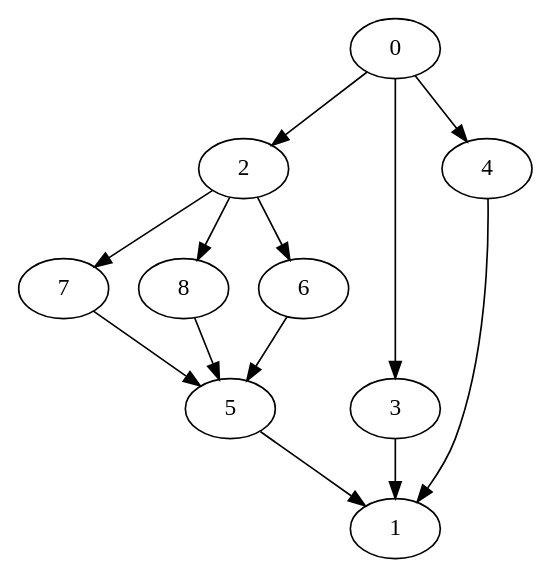
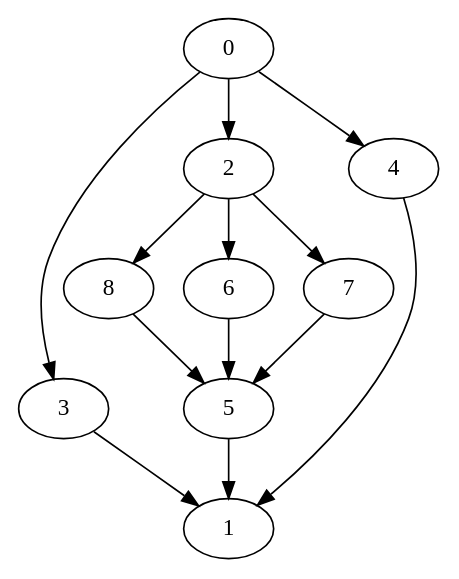
The diagram in dot/Nodes_9_SeriesParallel-output.dot (PJhaveri02/Task-Scheduler), drawn with Graphviz before and after one commit. The commit also changed 5 other files, not shown here.

```diff
--- a/dot/Nodes_9_SeriesParallel-output.dot
+++ b/dot/Nodes_9_SeriesParallel-output.dot
@@ -1,23 +1,23 @@
 digraph "outputGraph" {
-		7	[Weight=2, Start=31, Processor=3]
-		2 -> 7   [Weight = 15];
+		3	[Weight=7, Start=32, Processor=3]
+		0 -> 3   [Weight = 22];
 		0	[Weight=10, Start=0, Processor=4]
 		2	[Weight=6, Start=10, Processor=4]
 		0 -> 2   [Weight = 51];
-		3	[Weight=7, Start=16, Processor=4]
-		0 -> 3   [Weight = 22];
-		4	[Weight=5, Start=23, Processor=4]
-		0 -> 4   [Weight = 44];
-		8	[Weight=7, Start=28, Processor=4]
+		8	[Weight=7, Start=16, Processor=4]
 		2 -> 8   [Weight = 59];
-		6	[Weight=2, Start=35, Processor=4]
+		6	[Weight=2, Start=23, Processor=4]
 		2 -> 6   [Weight = 59];
-		5	[Weight=9, Start=92, Processor=4]
-		6 -> 5   [Weight = 22];
+		7	[Weight=2, Start=25, Processor=4]
+		2 -> 7   [Weight = 15];
+		5	[Weight=9, Start=27, Processor=4]
 		8 -> 5   [Weight = 59];
 		7 -> 5   [Weight = 59];
-		1	[Weight=7, Start=101, Processor=4]
+		6 -> 5   [Weight = 22];
+		4	[Weight=5, Start=36, Processor=4]
+		0 -> 4   [Weight = 44];
+		1	[Weight=7, Start=98, Processor=4]
+		4 -> 1   [Weight = 66];
 		5 -> 1   [Weight = 37];
 		3 -> 1   [Weight = 59];
-		4 -> 1   [Weight = 66];
 }
```
